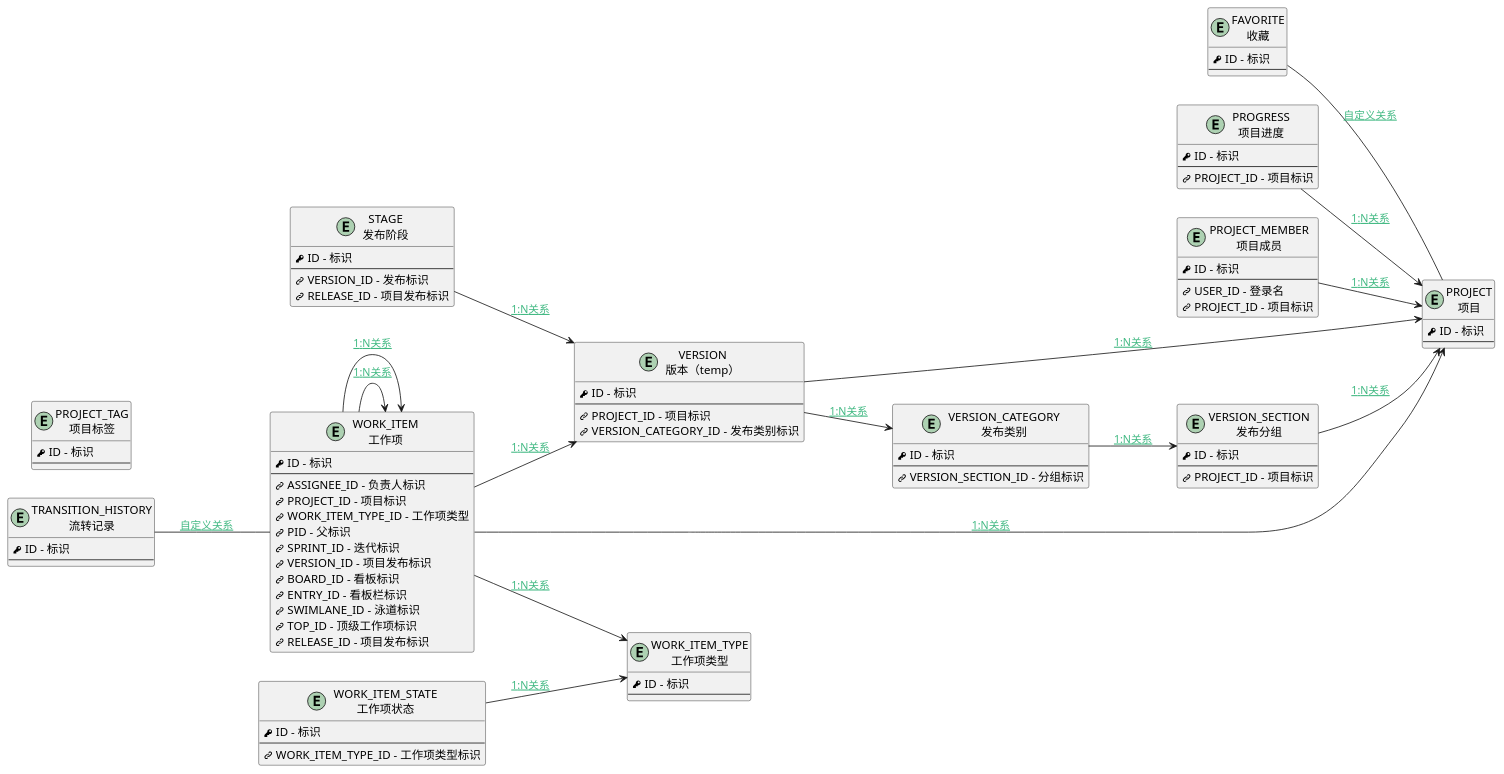
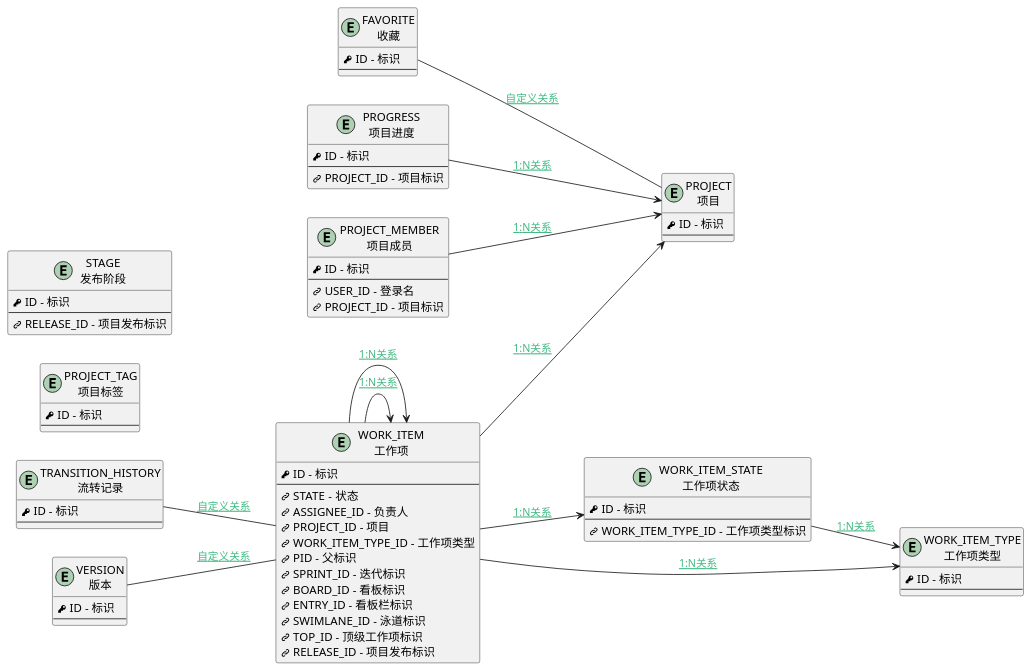
One commit to iBizLab/plm changed the diagram in doc/docsify/er/projmgmt_waterfall.md. Above: the diagram before and after it, drawn with PlantUML. The commit also changed other lines of this file and 6272 other files, not shown here.

```diff
--- a/doc/docsify/er/projmgmt_waterfall.md
+++ b/doc/docsify/er/projmgmt_waterfall.md
@@ -11,93 +10,76 @@
 </style>
 left to right direction
 
-entity "FAVORITE\n收藏" as FAVORITE [[$../module/Base/Favorite {收藏}]] {
+entity "FAVORITE\n收藏" as FAVORITE [[$../module/Base/favorite {收藏}]] {
         <&key> ID - 标识
         --
 }
-entity "PROGRESS\n项目进度" as PROGRESS [[$../module/ProjMgmt/Progress {项目进度}]] {
+entity "PROGRESS\n项目进度" as PROGRESS [[$../module/ProjMgmt/progress {项目进度}]] {
         <&key> ID - 标识
         --
         <&link-intact> PROJECT_ID - 项目标识
 }
-entity "PROJECT\n项目" as PROJECT [[$../module/ProjMgmt/Project {项目}]] {
+entity "PROJECT\n项目" as PROJECT [[$../module/ProjMgmt/project {项目}]] {
         <&key> ID - 标识
         --
 }
-entity "PROJECT_MEMBER\n项目成员" as PROJECT_MEMBER [[$../module/ProjMgmt/Project_member {项目成员}]] {
+entity "PROJECT_MEMBER\n项目成员" as PROJECT_MEMBER [[$../module/ProjMgmt/project_member {项目成员}]] {
         <&key> ID - 标识
         --
         <&link-intact> USER_ID - 登录名
         <&link-intact> PROJECT_ID - 项目标识
 }
-entity "PROJECT_TAG\n项目标签" as PROJECT_TAG [[$../module/ProjMgmt/Project_tag {项目标签}]] {
+entity "PROJECT_TAG\n项目标签" as PROJECT_TAG [[$../module/ProjMgmt/project_tag {项目标签}]] {
         <&key> ID - 标识
         --
 }
-entity "STAGE\n发布阶段" as STAGE [[$../module/ProjMgmt/Stage {发布阶段}]] {
+entity "STAGE\n发布阶段" as STAGE [[$../module/ProjMgmt/stage {发布阶段}]] {
         <&key> ID - 标识
         --
-        <&link-intact> VERSION_ID - 发布标识
         <&link-intact> RELEASE_ID - 项目发布标识
 }
-entity "TRANSITION_HISTORY\n流转记录" as TRANSITION_HISTORY [[$../module/ProjMgmt/Transition_history {流转记录}]] {
+entity "TRANSITION_HISTORY\n流转记录" as TRANSITION_HISTORY [[$../module/ProjMgmt/transition_history {流转记录}]] {
         <&key> ID - 标识
         --
 }
-entity "VERSION\n版本（temp）" as VERSION [[$../module/ProjMgmt/Version {版本（temp）}]] {
+entity "VERSION\n版本" as VERSION [[$../module/Base/version {版本}]] {
         <&key> ID - 标识
         --
-        <&link-intact> PROJECT_ID - 项目标识
-        <&link-intact> VERSION_CATEGORY_ID - 发布类别标识
 }
-entity "VERSION_CATEGORY\n发布类别" as VERSION_CATEGORY [[$../module/ProjMgmt/Version_category {发布类别}]] {
+entity "WORK_ITEM\n工作项" as WORK_ITEM [[$../module/ProjMgmt/work_item {工作项}]] {
         <&key> ID - 标识
         --
-        <&link-intact> VERSION_SECTION_ID - 分组标识
-}
-entity "VERSION_SECTION\n发布分组" as VERSION_SECTION [[$../module/ProjMgmt/Version_section {发布分组}]] {
-        <&key> ID - 标识
-        --
-        <&link-intact> PROJECT_ID - 项目标识
-}
-entity "WORK_ITEM\n工作项" as WORK_ITEM [[$../module/ProjMgmt/Work_item {工作项}]] {
-        <&key> ID - 标识
-        --
-        <&link-intact> ASSIGNEE_ID - 负责人标识
-        <&link-intact> PROJECT_ID - 项目标识
+        <&link-intact> STATE - 状态
+        <&link-intact> ASSIGNEE_ID - 负责人
+        <&link-intact> PROJECT_ID - 项目
         <&link-intact> WORK_ITEM_TYPE_ID - 工作项类型
         <&link-intact> PID - 父标识
         <&link-intact> SPRINT_ID - 迭代标识
-        <&link-intact> VERSION_ID - 项目发布标识
         <&link-intact> BOARD_ID - 看板标识
         <&link-intact> ENTRY_ID - 看板栏标识
         <&link-intact> SWIMLANE_ID - 泳道标识
         <&link-intact> TOP_ID - 顶级工作项标识
         <&link-intact> RELEASE_ID - 项目发布标识
 }
-entity "WORK_ITEM_STATE\n工作项状态" as WORK_ITEM_STATE [[$../module/ProjMgmt/Work_item_state {工作项状态}]] {
+entity "WORK_ITEM_STATE\n工作项状态" as WORK_ITEM_STATE [[$../module/ProjMgmt/work_item_state {工作项状态}]] {
         <&key> ID - 标识
         --
         <&link-intact> WORK_ITEM_TYPE_ID - 工作项类型标识
 }
-entity "WORK_ITEM_TYPE\n工作项类型" as WORK_ITEM_TYPE [[$../module/ProjMgmt/Work_item_type {工作项类型}]] {
+entity "WORK_ITEM_TYPE\n工作项类型" as WORK_ITEM_TYPE [[$../module/ProjMgmt/work_item_type {工作项类型}]] {
         <&key> ID - 标识
         --
 }
 
 PROGRESS--> PROJECT : [[$../der/DER1N_PROGRESS_PROJECT_PROJECT_ID{DER1N_PROGRESS_PROJECT_PROJECT_ID} 1:N关系]]
 PROJECT_MEMBER--> PROJECT : [[$../der/DER1N_PROJECT_MEMBER_PROJECT_PROJECT_ID{DER1N_PROJECT_MEMBER_PROJECT_PROJECT_ID} 1:N关系]]
-VERSION--> PROJECT : [[$../der/DER1N_VERSION_PROJECT_PROJECT_ID{DER1N_VERSION_PROJECT_PROJECT_ID} 1:N关系]]
-VERSION_SECTION--> PROJECT : [[$../der/DER1N_VERSION_SECTION_PROJECT_PROJECT_ID{DER1N_VERSION_SECTION_PROJECT_PROJECT_ID} 1:N关系]]
 WORK_ITEM--> PROJECT : [[$../der/DER1N_WORK_ITEM_PROJECT_PROJECT_ID{DER1N_WORK_ITEM_PROJECT_PROJECT_ID} 1:N关系]]
 FAVORITE-- PROJECT : [[$../der/DERCCUSTOM_FAVORITE_PROJECT{DERCCUSTOM_FAVORITE_PROJECT} 自定义关系]]
-STAGE--> VERSION : [[$../der/DER1N_STAGE_VERSION_VERSION_ID{DER1N_STAGE_VERSION_VERSION_ID} 1:N关系]]
-WORK_ITEM--> VERSION : [[$../der/DER1N_WORK_ITEM_VERSION_VERSION_ID{DER1N_WORK_ITEM_VERSION_VERSION_ID} 1:N关系]]
-VERSION--> VERSION_CATEGORY : [[$../der/DER1N_VERSION_VERSION_CATEGORY_VERSION_CATEGORY_ID{DER1N_VERSION_VERSION_CATEGORY_VERSION_CATEGORY_ID} 1:N关系]]
-VERSION_CATEGORY--> VERSION_SECTION : [[$../der/DER1N_VERSION_CATEGORY_VERSION_SECTION_VERSION_SECTION_ID{DER1N_VERSION_CATEGORY_VERSION_SECTION_VERSION_SECTION_ID} 1:N关系]]
 WORK_ITEM--> WORK_ITEM : [[$../der/DER1N_WORK_ITEM_WORK_ITEM_PID{DER1N_WORK_ITEM_WORK_ITEM_PID} 1:N关系]]
 WORK_ITEM--> WORK_ITEM : [[$../der/DER1N_WORK_ITEM_WORK_ITEM_TOP_ID{DER1N_WORK_ITEM_WORK_ITEM_TOP_ID} 1:N关系]]
 TRANSITION_HISTORY-- WORK_ITEM : [[$../der/DERCUSTOM_TRANSITION_HISTORY_WORK_ITEM{DERCUSTOM_TRANSITION_HISTORY_WORK_ITEM} 自定义关系]]
+VERSION-- WORK_ITEM : [[$../der/DERCUSTOM_VERSION_WORK_ITEM{DERCUSTOM_VERSION_WORK_ITEM} 自定义关系]]
+WORK_ITEM--> WORK_ITEM_STATE : [[$../der/DER1N_WORK_ITEM_WORK_ITEM_STATE_STATE{DER1N_WORK_ITEM_WORK_ITEM_STATE_STATE} 1:N关系]]
 WORK_ITEM_STATE--> WORK_ITEM_TYPE : [[$../der/DER1N_WORK_ITEM_STATE_WORK_ITEM_TYPE_WORK_ITEM_TYPE_ID{DER1N_WORK_ITEM_STATE_WORK_ITEM_TYPE_WORK_ITEM_TYPE_ID} 1:N关系]]
 WORK_ITEM--> WORK_ITEM_TYPE : [[$../der/DER1N_WORK_ITEM_WORK_ITEM_TYPE_WORK_ITEM_TYPE_ID{DER1N_WORK_ITEM_WORK_ITEM_TYPE_WORK_ITEM_TYPE_ID} 1:N关系]]
 
```
